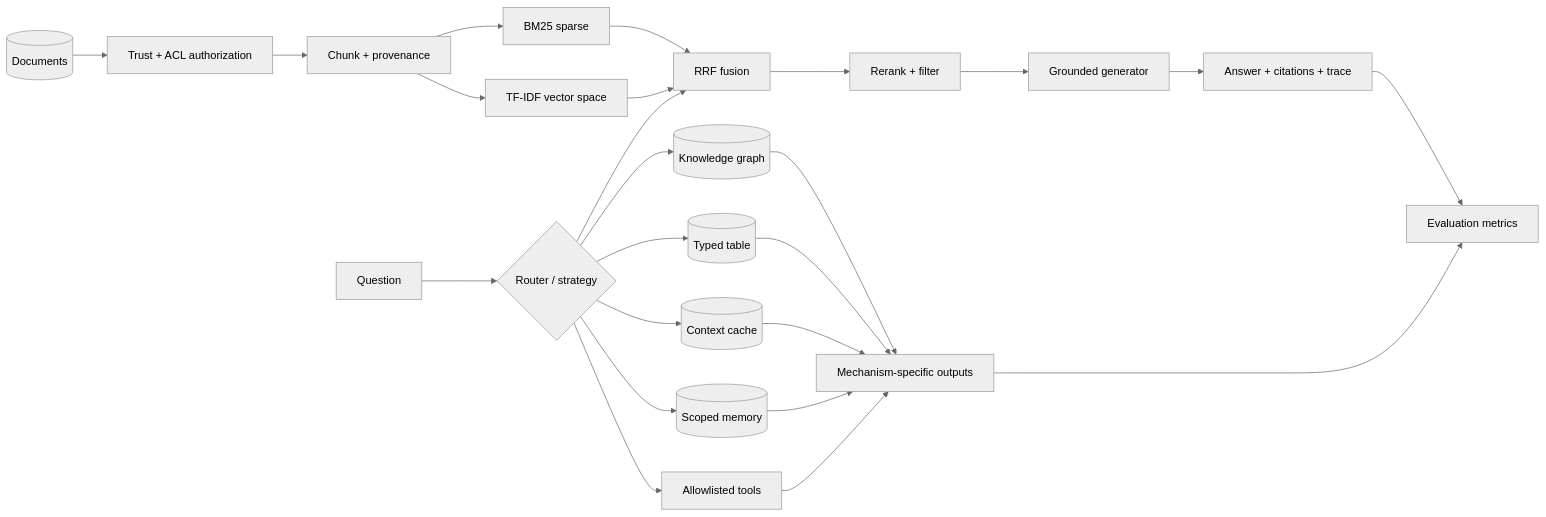
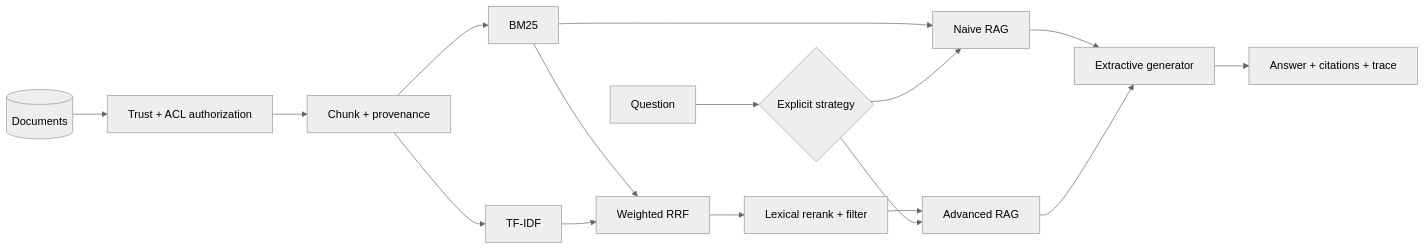
The diagram in README.md (ashirimi1019/knowledge-augmentation-lab), drawn with Mermaid (neutral theme) before and after one commit. The commit also changed other lines of this file and 37 other files, not shown here.

````diff
--- a/README.md
+++ b/README.md
@@ -41,28 +41,18 @@
 ```mermaid
 flowchart LR
-    Q[Question] --> R{Router / strategy}
+    Q[Question] --> S{Explicit strategy}
     D[(Documents)] --> A[Trust + ACL authorization]
     A --> C[Chunk + provenance]
-    C --> S[BM25 sparse]
-    C --> V[TF-IDF vector space]
-    S --> F[RRF fusion]
+    C --> B[BM25]
+    C --> V[TF-IDF]
+    B --> N[Naive RAG]
+    B --> F[Weighted RRF]
     V --> F
-    F --> RR[Rerank + filter]
-    RR --> G[Grounded generator]
-
-    R --> F
-    R --> KG[(Knowledge graph)]
-    R --> DB[(Typed table)]
-    R --> CC[(Context cache)]
-    R --> M[(Scoped memory)]
-    R --> T[Allowlisted tools]
-
-    KG --> P[Mechanism-specific outputs]
-    DB --> P
-    CC --> P
-    M --> P
-    T --> P
+    F --> H[Lexical rerank + filter]
+    H --> X[Advanced RAG]
+    S --> N
+    S --> X
+    N --> G[Extractive generator]
+    X --> G
     G --> O[Answer + citations + trace]
-    O --> E[Evaluation metrics]
-    P --> E
 ```
````
